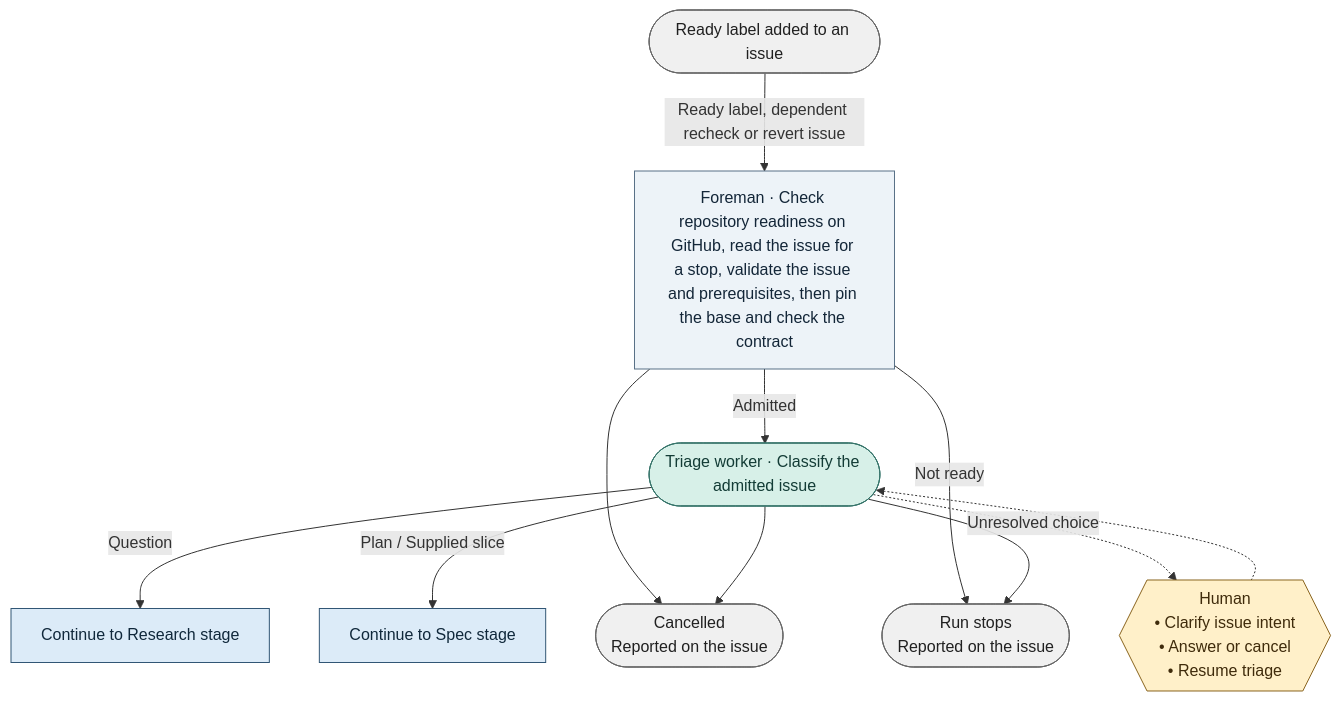
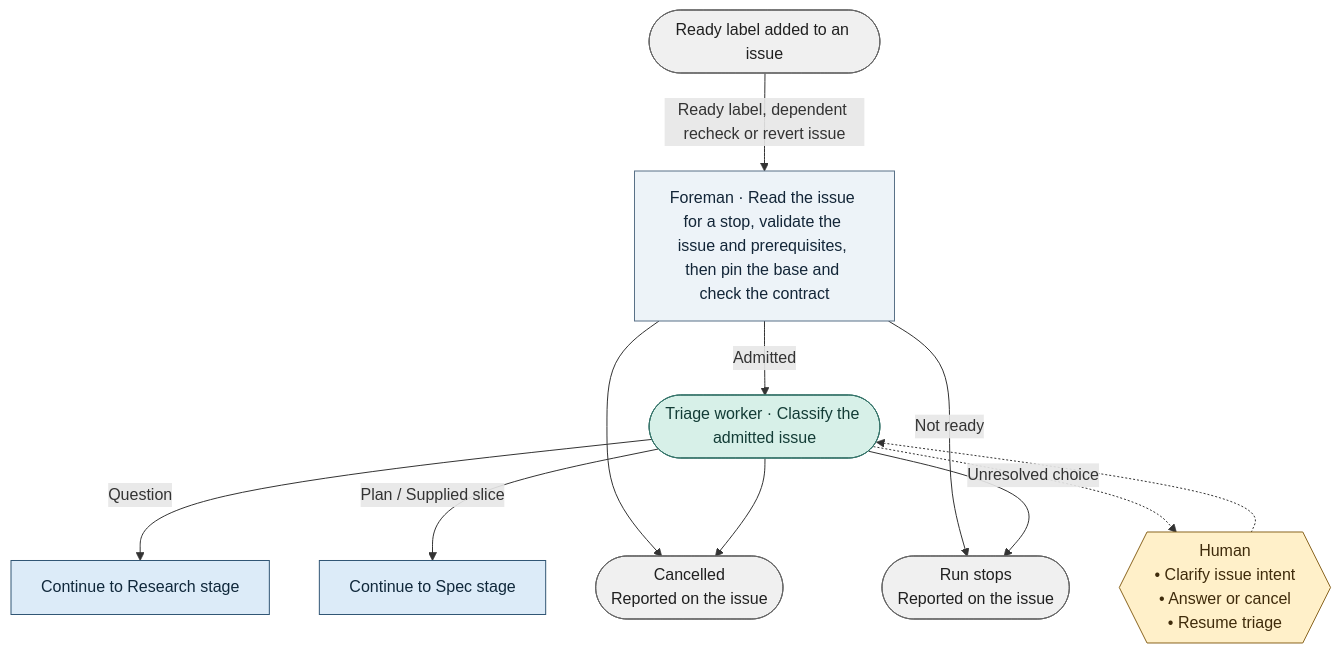
One commit to bookout-labs/tools changed the diagram in docs/graph/blueprint/views/stages/triage.mmd. Above: the diagram before and after it, drawn with Mermaid. The commit also changed 5 other files, not shown here.

Commit message:
Draw one GitHub read per start: the runner runs doctor's GitHub requirements before the graph

```diff
--- a/docs/graph/blueprint/views/stages/triage.mmd
+++ b/docs/graph/blueprint/views/stages/triage.mmd
@@ -1,24 +1,24 @@
 flowchart TD
     n0(["Ready label added to an issue"]):::terminal
-    n1["Foreman · Check repository readiness on GitHub, read the issue for a stop, validate the issue and prerequisites, then pin the base and check the contract"]:::step
+    n1["Foreman · Read the issue for a stop, validate the issue and prerequisites, then pin the base and check the contract"]:::step
     n2(["Triage worker · Classify the admitted issue"]):::worker
     n3(["Run stops<br/>Reported on the issue"]):::terminal
     n4(["Cancelled<br/>Reported on the issue"]):::terminal
     n5["Continue to Research stage"]:::stage
     n6["Continue to Spec stage"]:::stage
     n7{{"Human<br/>• Clarify issue intent<br/>• Answer or cancel<br/>• Resume triage"}}:::gate
     n0 -->|"Ready label, dependent recheck or revert issue"| n1
     n1 -->|"Admitted"| n2
     n1 -->|"Not ready"| n3
     n1 --> n4
     n2 -->|"Question"| n5
     n2 -->|"Plan / Supplied slice"| n6
     n2 --> n4
     n2 --> n3
     n2 -.->|"Unresolved choice"| n7
     n7 -.-> n2
     classDef stage fill:#dcebf8,stroke:#315675,color:#10283b
     classDef step fill:#edf3f8,stroke:#597187,color:#132638
     classDef worker fill:#d7f0e8,stroke:#357369,color:#133c36
     classDef gate fill:#fff0c9,stroke:#89641f,color:#3f2b0b
     classDef terminal fill:#f0f0f0,stroke:#666666,color:#202020
```
